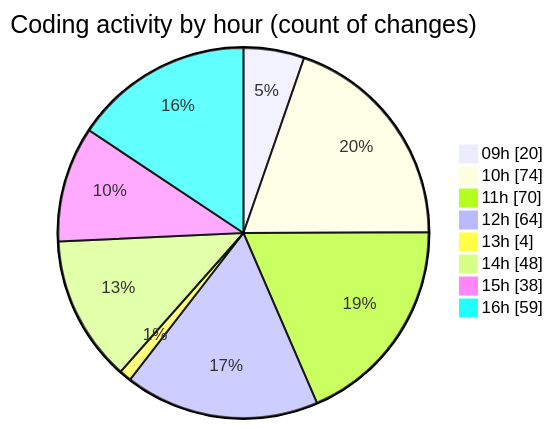
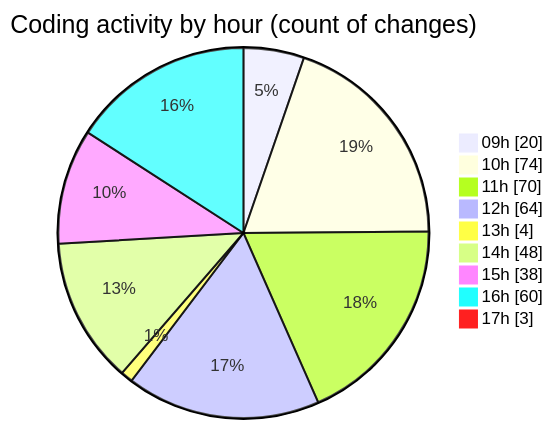
Before and after one commit to CELIANVF/code-tracking: the second of 2 diagrams in 2025-06-06/ecodeli-1/README.md, drawn with Mermaid. The commit also changed other lines of this file and 1 other file, not shown here.

````diff
--- a/2025-06-06/ecodeli-1/README.md
+++ b/2025-06-06/ecodeli-1/README.md
@@ -119,12 +119,13 @@
 ```mermaid
 pie showData
 title Coding activity by hour (count of changes)
 "09h" : 20
 "10h" : 74
 "11h" : 70
 "12h" : 64
 "13h" : 4
 "14h" : 48
 "15h" : 38
-"16h" : 59
+"16h" : 60
+"17h" : 3
 ```
````
